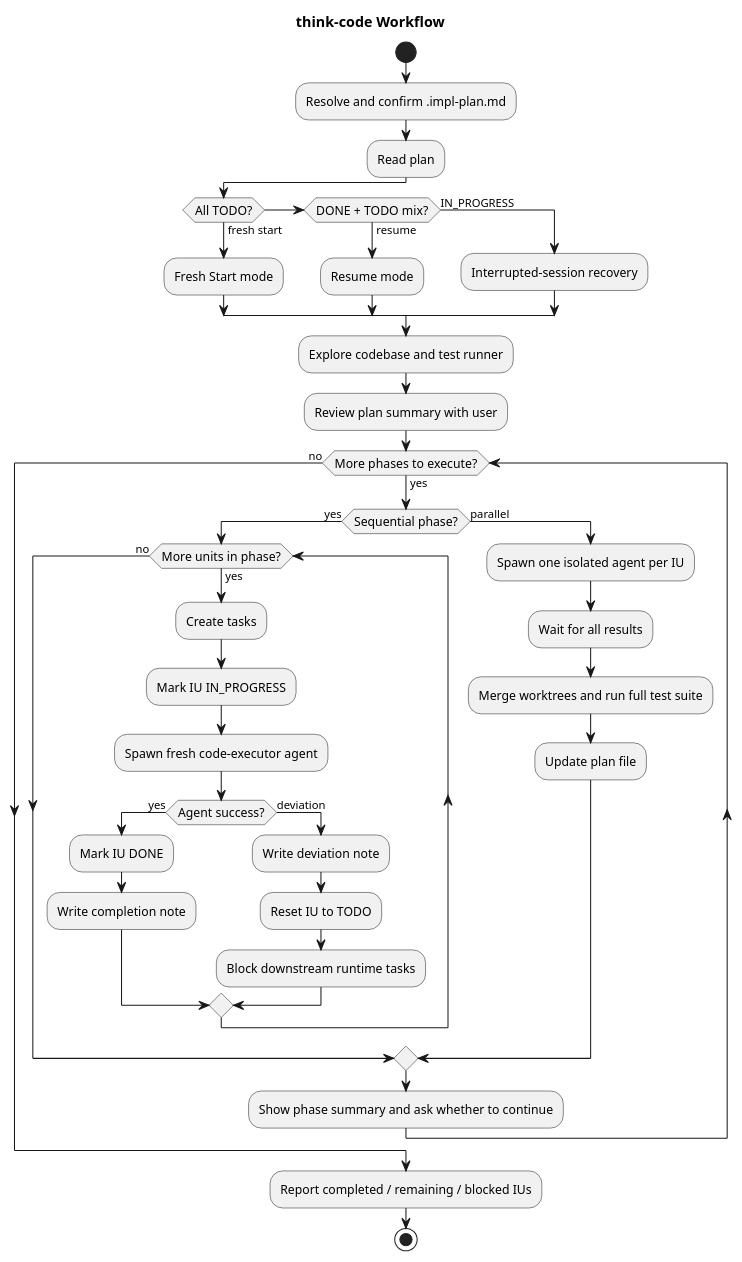
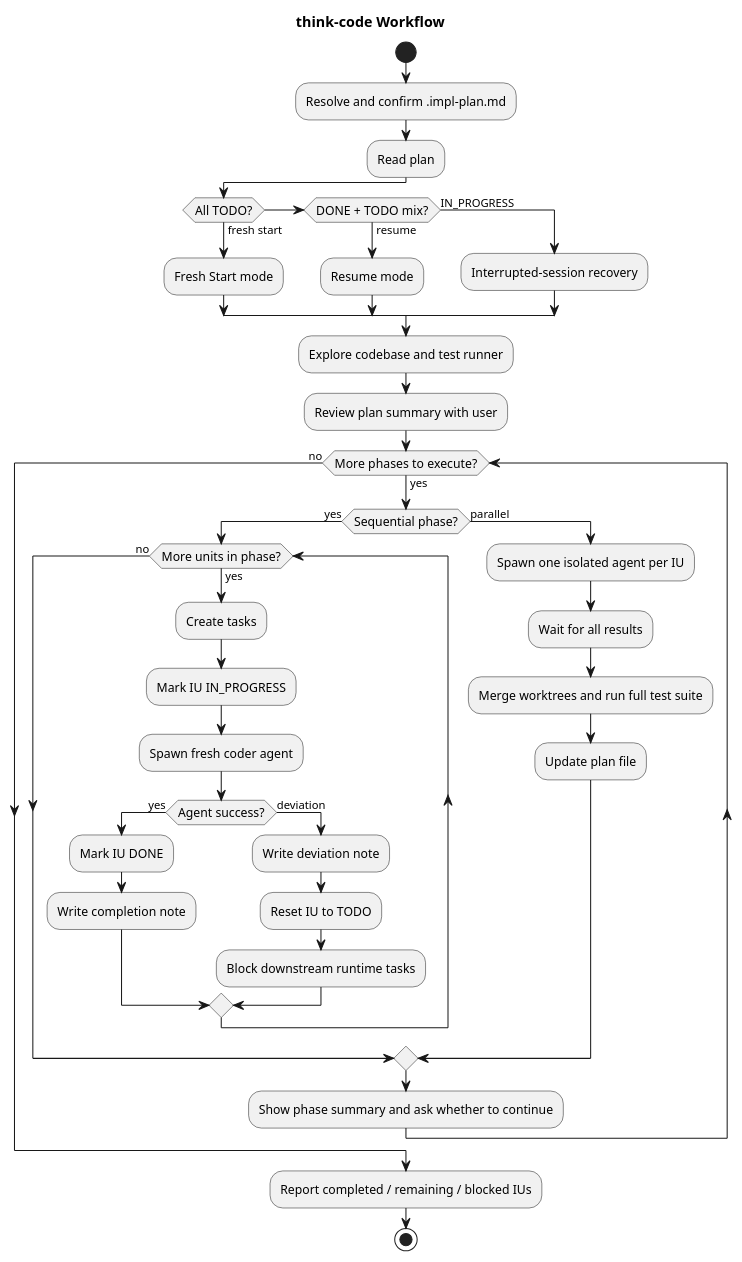
Before and after one commit to studykit/studykit-marketplace: the diagram in plugins/think/skills/think-code/README.md, drawn with PlantUML. The commit also changed other lines of this file and 9 other files, not shown here.

First line of the commit message:
refactor(think): rename code-executor agent to coder

````diff
--- a/plugins/think/skills/think-code/README.md
+++ b/plugins/think/skills/think-code/README.md
@@ -7,48 +7,48 @@
 ```plantuml
 @startuml think-code-workflow
 title think-code Workflow
 skinparam activityFontSize 12
 
 start
 :Resolve and confirm .impl-plan.md;
 :Read plan;
 if (All TODO?) then (fresh start)
   :Fresh Start mode;
 elseif (DONE + TODO mix?) then (resume)
   :Resume mode;
 else (IN_PROGRESS)
   :Interrupted-session recovery;
 endif
 
 :Explore codebase and test runner;
 :Review plan summary with user;
 
 while (More phases to execute?) is (yes)
   if (Sequential phase?) then (yes)
     while (More units in phase?) is (yes)
       :Create tasks;
       :Mark IU IN_PROGRESS;
-      :Spawn fresh code-executor agent;
+      :Spawn fresh coder agent;
       if (Agent success?) then (yes)
         :Mark IU DONE;
         :Write completion note;
       else (deviation)
         :Write deviation note;
         :Reset IU to TODO;
         :Block downstream runtime tasks;
       endif
     endwhile (no)
   else (parallel)
     :Spawn one isolated agent per IU;
     :Wait for all results;
     :Merge worktrees and run full test suite;
     :Update plan file;
   endif
 
   :Show phase summary and ask whether to continue;
 endwhile (no)
 
 :Report completed / remaining / blocked IUs;
 stop
 @enduml
 ```
````
